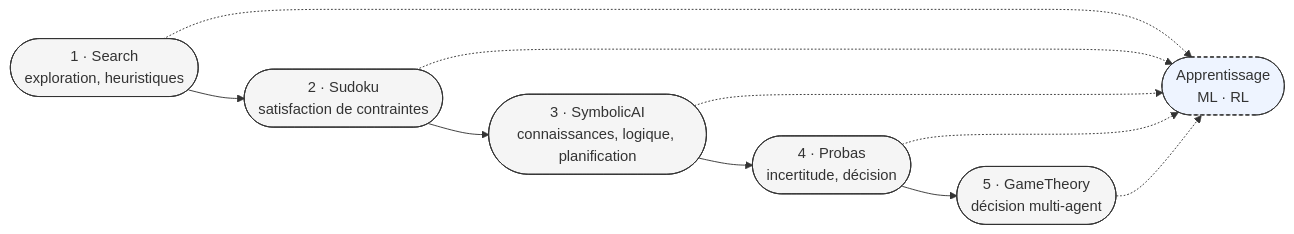
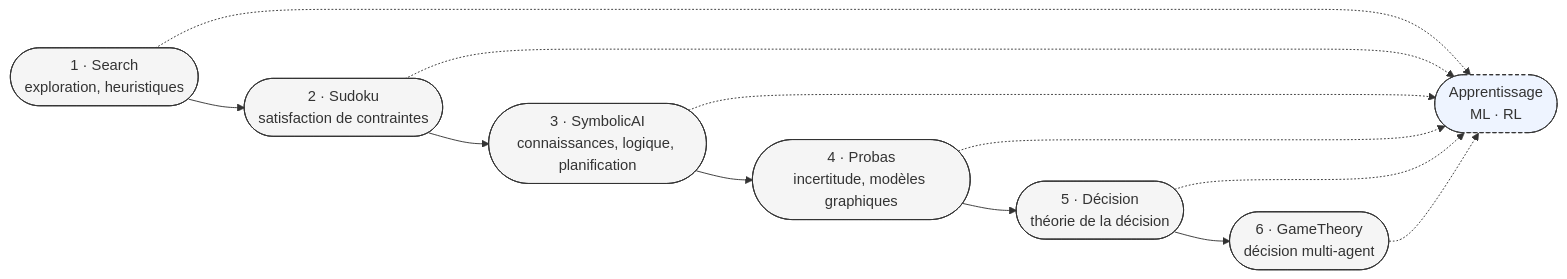
One commit to jsboige/CoursIA changed the second of 2 diagrams in README.md. Above: the diagram before and after it, drawn with Mermaid. The commit also changed other lines of this file and 2 other files, not shown here.

Commit message:
Docs(#24998): aima-walk suit l'ordre des chapitres d'AIMA, phase décision ajoutée
- aima-walk.md : planification remontée dans le bloc symbolique (ch. 10-11),
  nouvelle phase « théorie de la décision » (ch. 16-17) entre les modèles
  graphiques (ch. 12-15) et la décision multi-agents (ch. 18) ; renvois de
  phases corrigés ; section « Angles morts » nommant ce que le parcours ne
  traverse pas (familles symboliques hors Tweety/Planners, KR, écart 3e/4e).
- aima-walk-competences.md : renumérotation 25→26 étapes, 10→11 phases ;
  ligne 16 (décision) ajoutée ; rapport de couverture RCA/RCE/AI4K12 re-synchronisé.
- README.md (section « seconde lecture » uniquement) : nœud Décision inséré
  entre Probas et GameTheory ; ligne « théorie de la décision » ajoutée à la
  table ; « sixième » → « septième » étape.

Ordre vérifié contre les tables des matières archivées d'AIMA 3e et 4e.

````diff
--- a/README.md
+++ b/README.md
@@ -90,18 +90,20 @@
 ```mermaid
 flowchart LR
     A1(["1 · Search<br/>exploration, heuristiques"]) --> A2(["2 · Sudoku<br/>satisfaction de contraintes"])
     A2 --> A3(["3 · SymbolicAI<br/>connaissances, logique, planification"])
-    A3 --> A4(["4 · Probas<br/>incertitude, décision"])
-    A4 --> A5(["5 · GameTheory<br/>décision multi-agent"])
+    A3 --> A4(["4 · Probas<br/>incertitude, modèles graphiques"])
+    A4 --> A4b(["5 · Décision<br/>théorie de la décision"])
+    A4b --> A5(["6 · GameTheory<br/>décision multi-agent"])
     A1 -.-> AP(["Apprentissage<br/>ML · RL"])
     A2 -.-> AP
     A3 -.-> AP
     A4 -.-> AP
+    A4b -.-> AP
     A5 -.-> AP
 
     %% color: explicite -- sans lui, libelle clair sur fond clair en mode sombre GitHub (#15022) ; ton parfois plus fonce que le stroke (le stroke en couleur de texte rendrait infer illisible) : ne pas harmoniser
     classDef stage fill:#f5f5f5,stroke:#333,stroke-width:1px,color:#333;
     classDef learn fill:#eef4ff,stroke:#333,stroke-width:1px,stroke-dasharray:4 3,color:#333;
-    class A1,A2,A3,A4,A5 stage;
+    class A1,A2,A3,A4,A4b,A5 stage;
     class AP learn;
 ```
````
